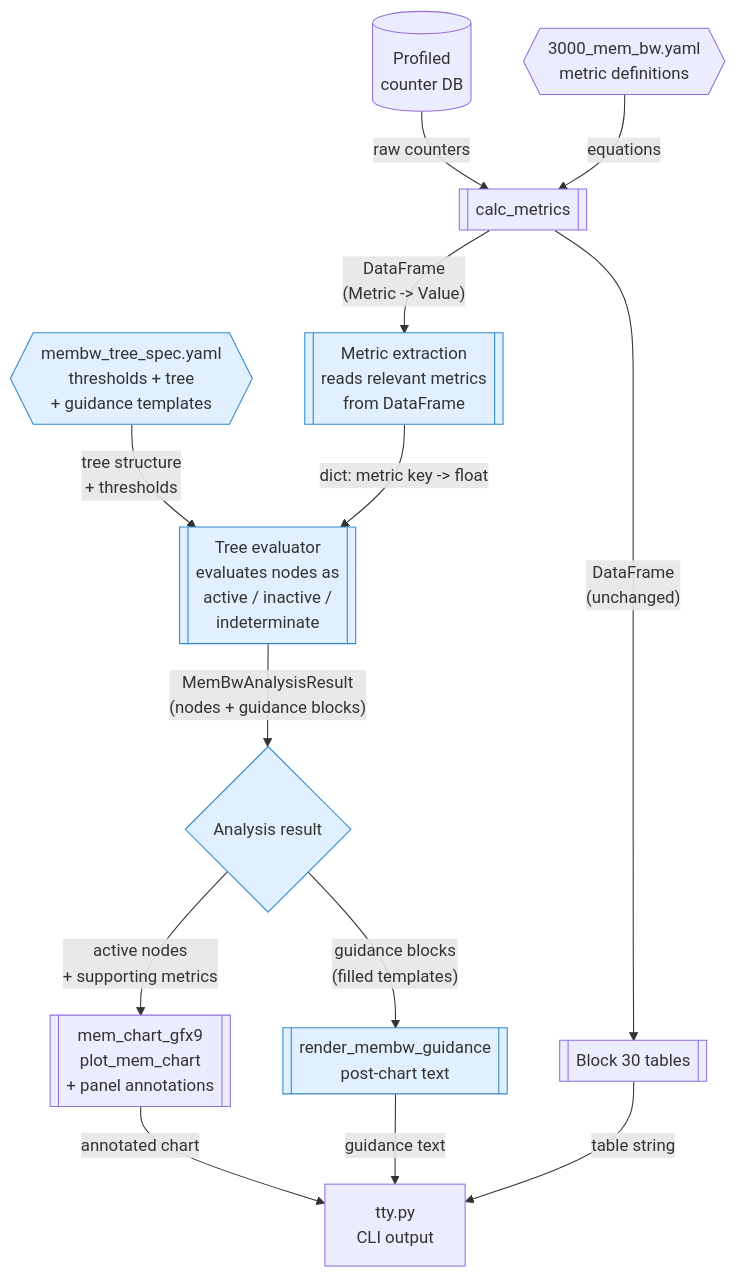
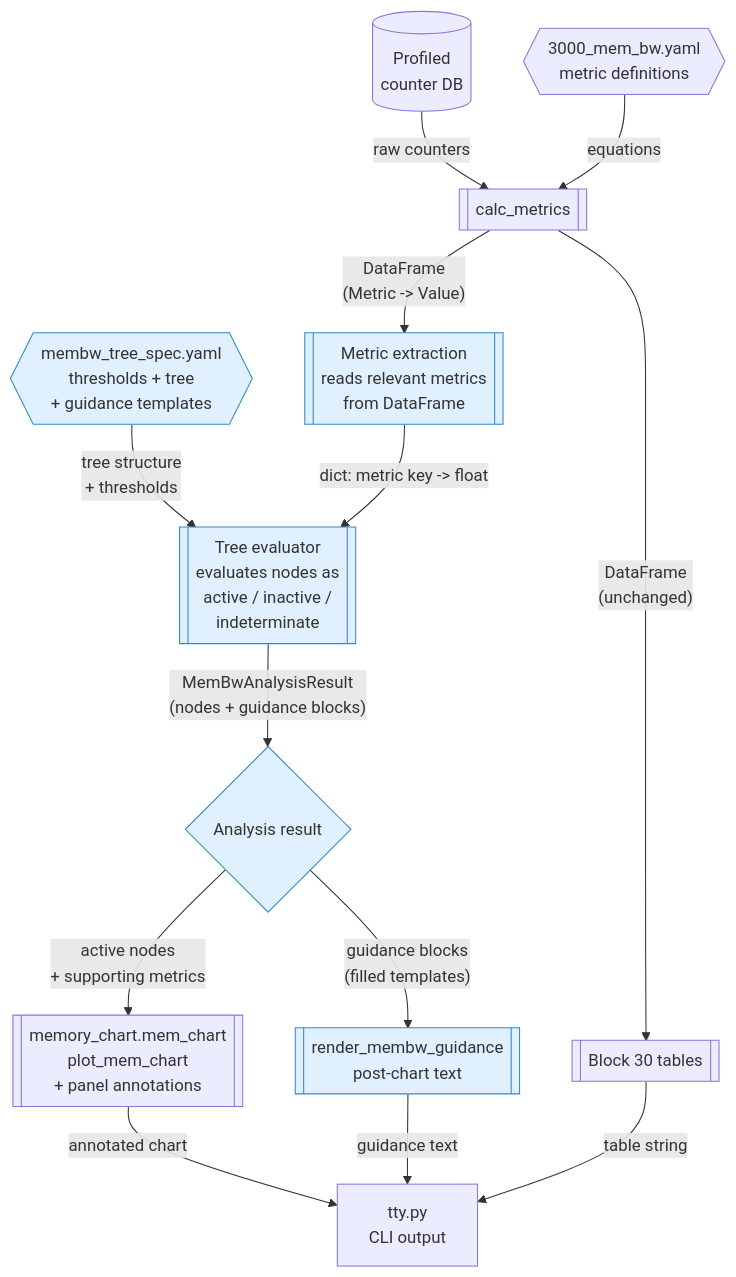
Before and after one commit to ROCm/rocm-systems: the second of 3 diagrams in projects/rocprofiler-compute/docs/design/hld-membw-guided-analysis-in-memchart.md, drawn with Mermaid. The commit also changed other lines of this file and 18 other files, not shown here.

First line of the commit message:
feat(rocprofiler-compute): draw the memory chart from its layout

````diff
--- a/projects/rocprofiler-compute/docs/design/hld-membw-guided-analysis-in-memchart.md
+++ b/projects/rocprofiler-compute/docs/design/hld-membw-guided-analysis-in-memchart.md
@@ -225,29 +225,29 @@
 ```mermaid
 flowchart TD
     DB[(Profiled<br/>counter DB)]
     B30{{3000_mem_bw.yaml<br/>metric definitions}}
     TS{{membw_tree_spec.yaml<br/>thresholds + tree<br/>+ guidance templates}}
 
     DB -- raw counters --> CALC[[calc_metrics]]
     B30 -- equations --> CALC
 
     CALC -- "DataFrame<br/>(Metric -> Value)" --> ME[[Metric extraction<br/>reads relevant metrics<br/>from DataFrame]]
     TS -- tree structure<br/>+ thresholds --> ENG[[Tree evaluator<br/>evaluates nodes as<br/>active / inactive /<br/>indeterminate]]
     ME -- "dict: metric key -> float" --> ENG
 
     ENG -- "MemBwAnalysisResult<br/>(nodes + guidance blocks)" --> AR{Analysis result}
 
-    AR -- "active nodes<br/>+ supporting metrics" --> MC[[mem_chart_gfx9<br/>plot_mem_chart<br/>+ panel annotations]]
+    AR -- "active nodes<br/>+ supporting metrics" --> MC[[memory_chart.mem_chart<br/>plot_mem_chart<br/>+ panel annotations]]
     AR -- "guidance blocks<br/>(filled templates)" --> GR[[render_membw_guidance<br/>post-chart text]]
     CALC -- "DataFrame<br/>(unchanged)" --> B30T[[Block 30 tables]]
 
     MC -- annotated chart --> TTY[tty.py<br/>CLI output]
     GR -- guidance text --> TTY
     B30T -- table string --> TTY
 
     style TS fill:#e0f0ff,stroke:#3388cc
     style ME fill:#e0f0ff,stroke:#3388cc
     style ENG fill:#e0f0ff,stroke:#3388cc
     style AR fill:#e0f0ff,stroke:#3388cc
     style GR fill:#e0f0ff,stroke:#3388cc
 ```
````
